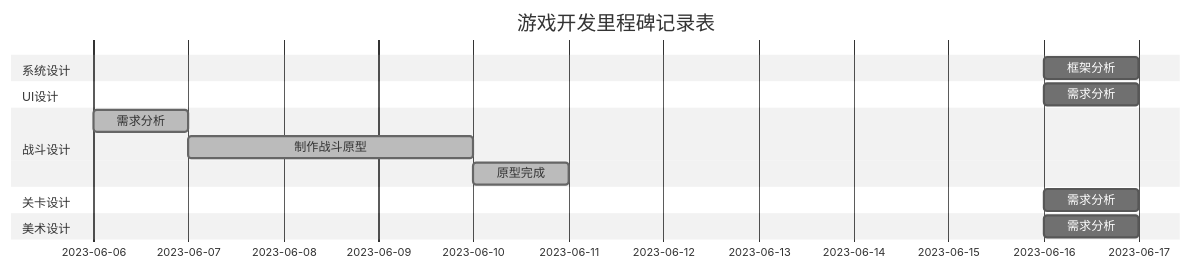
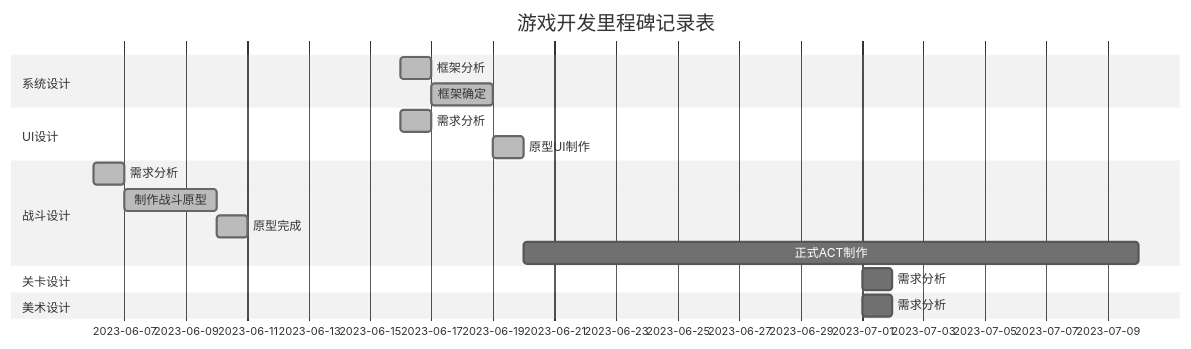
One commit to ANKIIMA/GameDesign-ARPG changed the diagram in README.md. Above: the diagram before and after it, drawn with Mermaid (neutral theme). The commit also changed 9 other files, not shown here.

````diff
--- a/README.md
+++ b/README.md
@@ -19,25 +19,27 @@
 ```mermaid
 gantt
 title 游戏开发里程碑记录表
 
 dateFormat MM-DD
 
 section 系统设计
-框架分析 :sy-des1, 06-16, 1d
+框架分析 :done, sy-des1, 06-16, 1d
+框架确定 :done, sy-des1, 06-17, 2d
 
 section UI设计
-需求分析 :ui-des1,06-16,1d
-
+需求分析 :done, ui-des1,06-16,1d
+原型UI制作 :done, ui-des2, 06-19, 1d
 
 section 战斗设计
 需求分析 :done,f-des1,06-06,1d
 制作战斗原型 :done, f-des2,06-07,3d
 原型完成 :done, f-des3, after f-des2, 1d
+正式ACT制作 :f-des4, 06-20, 20d
 
 section 关卡设计
-需求分析 :s-des1,06-16,1d
+需求分析 :s-des1,07-01,1d
 
 section 美术设计
-需求分析 :a-des1, 06-16, 1d
+需求分析 :a-des1, 07-01, 1d
 
 ```
````
